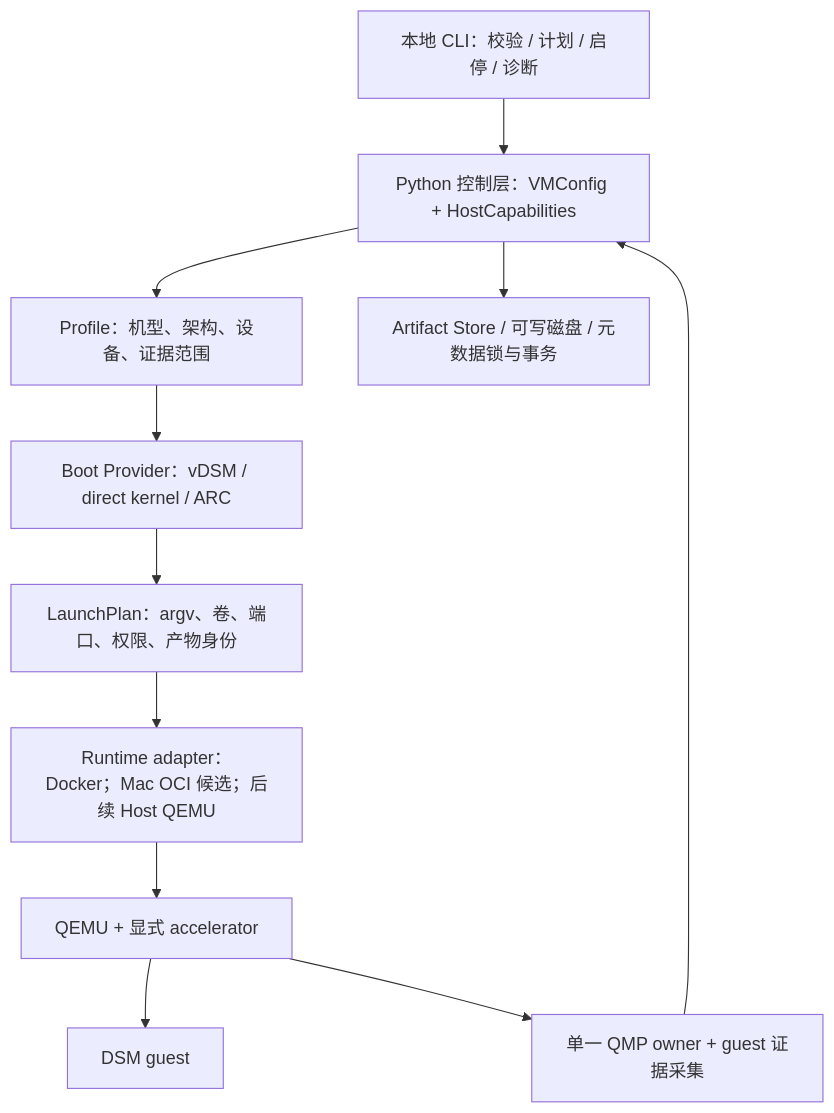
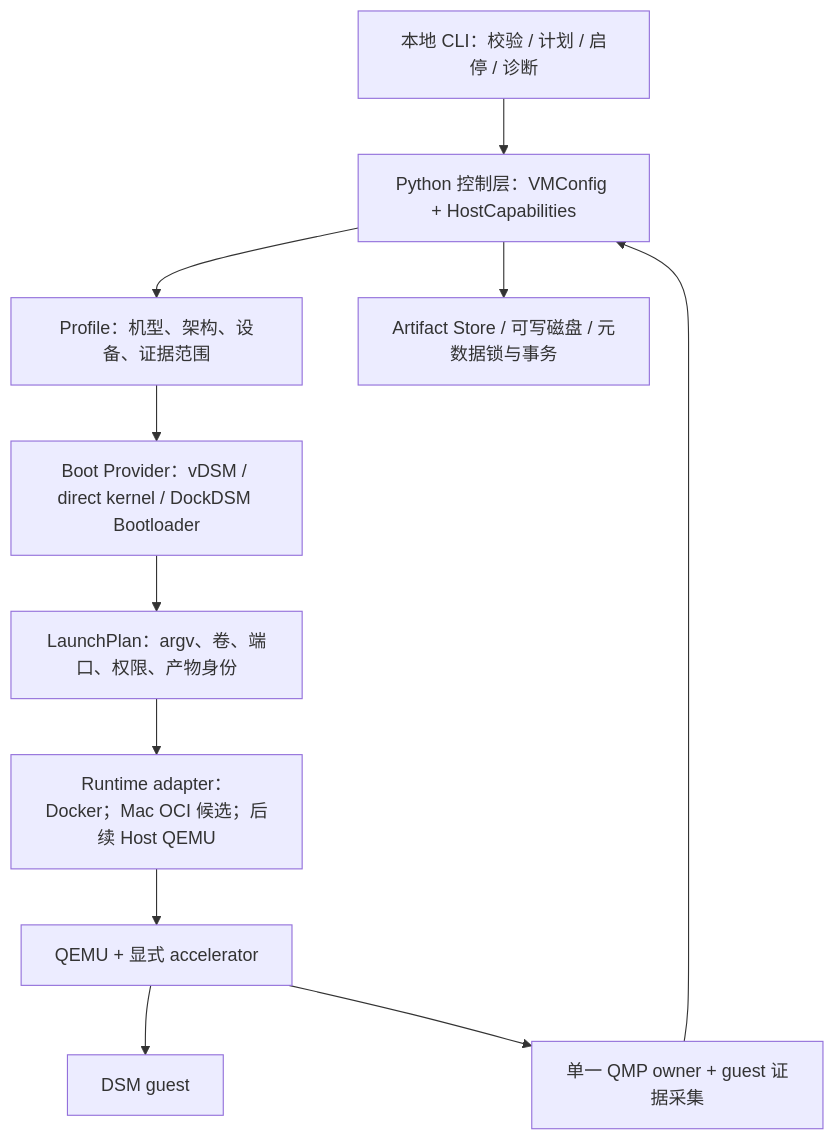
One commit to Ben8368/DockDSM changed the diagram in docs/runtime-architecture.md. Above: the diagram before and after it, drawn with Mermaid. The commit also changed other lines of this file and 18 other files, not shown here.

````diff
--- a/docs/runtime-architecture.md
+++ b/docs/runtime-architecture.md
@@ -7,13 +7,13 @@
 ```mermaid
 flowchart TB
   U["本地 CLI：校验 / 计划 / 启停 / 诊断"] --> C["Python 控制层：VMConfig + HostCapabilities"]
   C --> P["Profile：机型、架构、设备、证据范围"]
-  P --> B["Boot Provider：vDSM / direct kernel / ARC"]
+  P --> B["Boot Provider：vDSM / direct kernel / DockDSM Bootloader"]
   B --> L["LaunchPlan：argv、卷、端口、权限、产物身份"]
   L --> R["Runtime adapter：Docker；Mac OCI 候选；后续 Host QEMU"]
   R --> Q["QEMU + 显式 accelerator"]
   Q --> G["DSM guest"]
   C --> S["Artifact Store / 可写磁盘 / 元数据锁与事务"]
   Q --> O["单一 QMP owner + guest 证据采集"]
   O --> C
 ```
````
